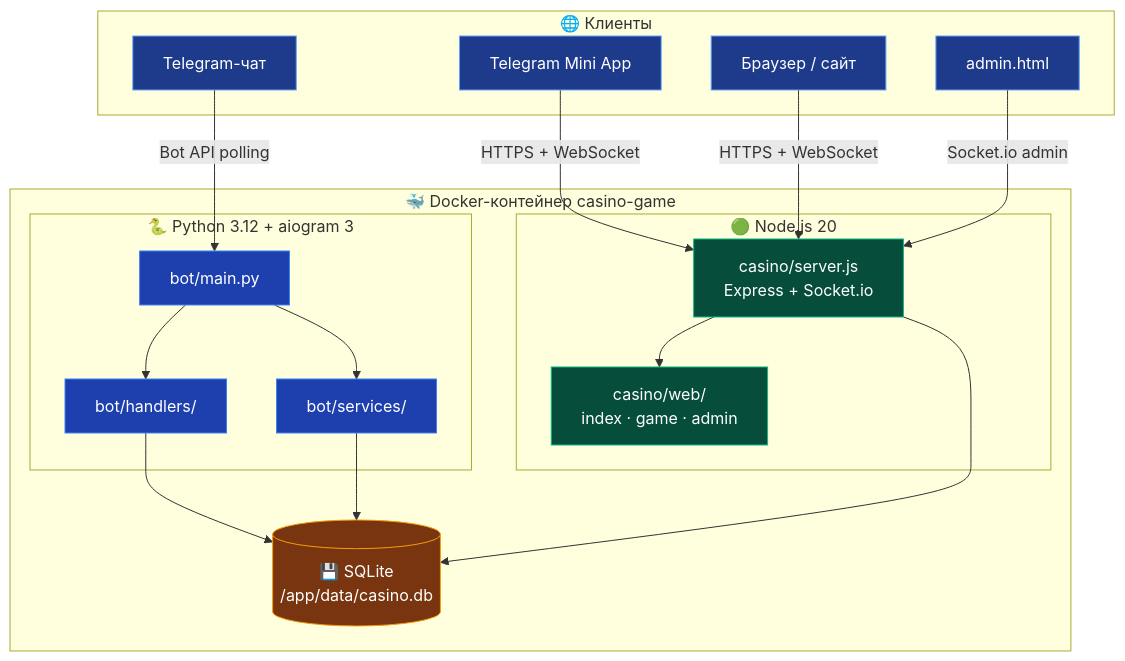
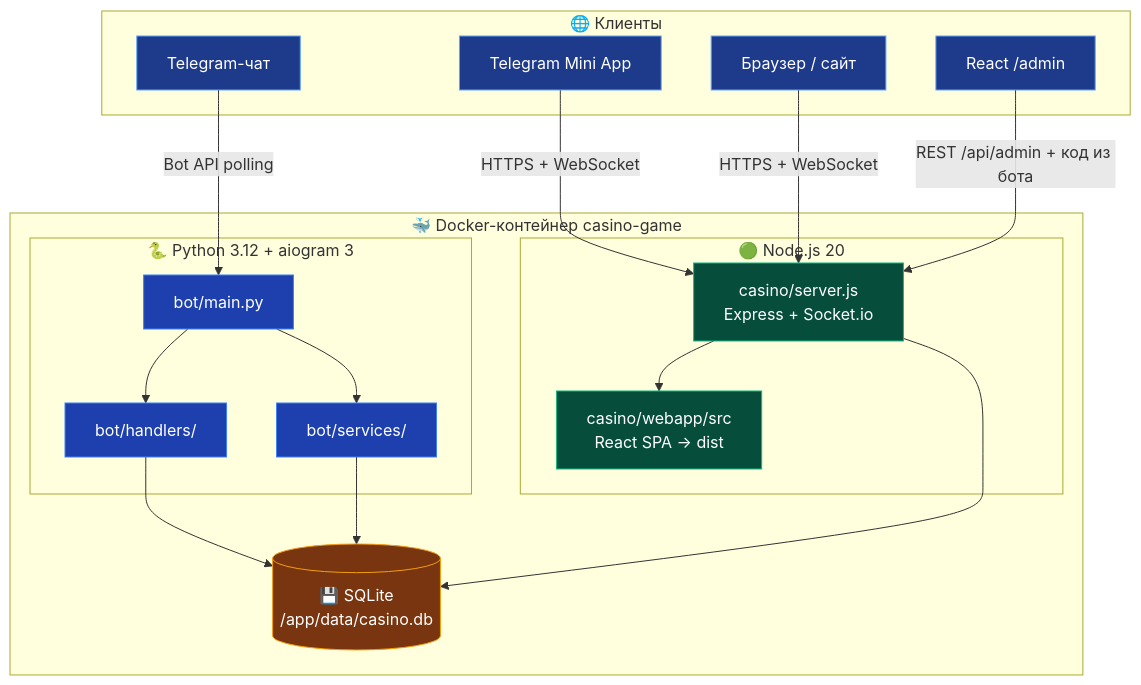
Before and after one commit to JamikKhidirov/CasinoGame: the first of 5 diagrams in ARCHITECTURE.md, drawn with Mermaid. The commit also changed other lines of this file and 41 other files, not shown here.

First line of the commit message:
feat: React-сайт, вход по коду из бота и документация бэкенда

````diff
--- a/ARCHITECTURE.md
+++ b/ARCHITECTURE.md
@@ -23,42 +23,42 @@
 ```mermaid
 flowchart TB
     subgraph Clients["🌐 Клиенты"]
         TG["Telegram-чат"]
         TMA["Telegram Mini App"]
         WEB["Браузер / сайт"]
-        ADM["admin.html"]
+        ADM["React /admin"]
     end
 
     subgraph Container["🐳 Docker-контейнер casino-game"]
         subgraph Py["🐍 Python 3.12 + aiogram 3"]
             MAIN["bot/main.py"]
             H["bot/handlers/"]
             SVC["bot/services/"]
         end
         subgraph Node["🟢 Node.js 20"]
             SRV["casino/server.js<br/>Express + Socket.io"]
-            FRONT["casino/web/<br/>index · game · admin"]
+            FRONT["casino/webapp/src<br/>React SPA → dist"]
         end
         DB[("💾 SQLite<br/>/app/data/casino.db")]
     end
 
     TG -->|Bot API polling| MAIN
     TMA -->|HTTPS + WebSocket| SRV
     WEB -->|HTTPS + WebSocket| SRV
-    ADM -->|Socket.io admin| SRV
+    ADM -->|REST /api/admin + код из бота| SRV
     MAIN --> H
     MAIN --> SVC
     H --> DB
     SVC --> DB
     SRV --> DB
     SRV --> FRONT
 
     classDef client fill:#1e3a8a,stroke:#60a5fa,color:#fff
     classDef py fill:#1e40af,stroke:#3b82f6,color:#fff
     classDef node fill:#064e3b,stroke:#10b981,color:#fff
     classDef db fill:#78350f,stroke:#f59e0b,color:#fff
     class TG,TMA,WEB,ADM client
     class MAIN,H,SVC py
     class SRV,FRONT node
     class DB db
 ```
````
